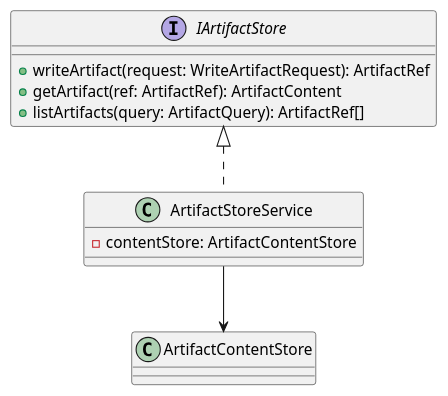
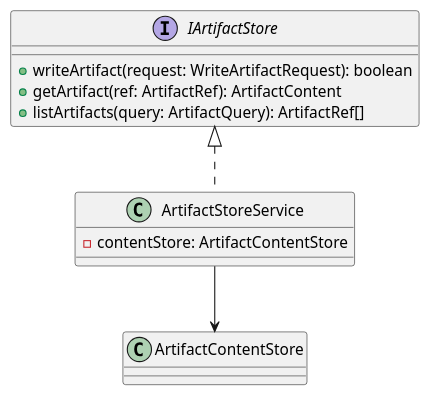
One commit to lucky-chen/ai_workflow_travel changed the first of 2 diagrams in meta_layer/docs/design_docs/Data/ArtifactStore.md. Above: the diagram before and after it, drawn with PlantUML. The commit also changed other lines of this file and 18 other files, not shown here.

````diff
--- a/meta_layer/docs/design_docs/Data/ArtifactStore.md
+++ b/meta_layer/docs/design_docs/Data/ArtifactStore.md
@@ -38,18 +38,18 @@
 ```plantuml
 @startuml
 interface IArtifactStore {
-  +writeArtifact(request: WriteArtifactRequest): ArtifactRef
+  +writeArtifact(request: WriteArtifactRequest): boolean
   +getArtifact(ref: ArtifactRef): ArtifactContent
   +listArtifacts(query: ArtifactQuery): ArtifactRef[]
 }
 
 class ArtifactStoreService {
   -contentStore: ArtifactContentStore
 }
 
 class ArtifactContentStore
 
 IArtifactStore <|.. ArtifactStoreService
 ArtifactStoreService --> ArtifactContentStore
 @enduml
 ```
````
